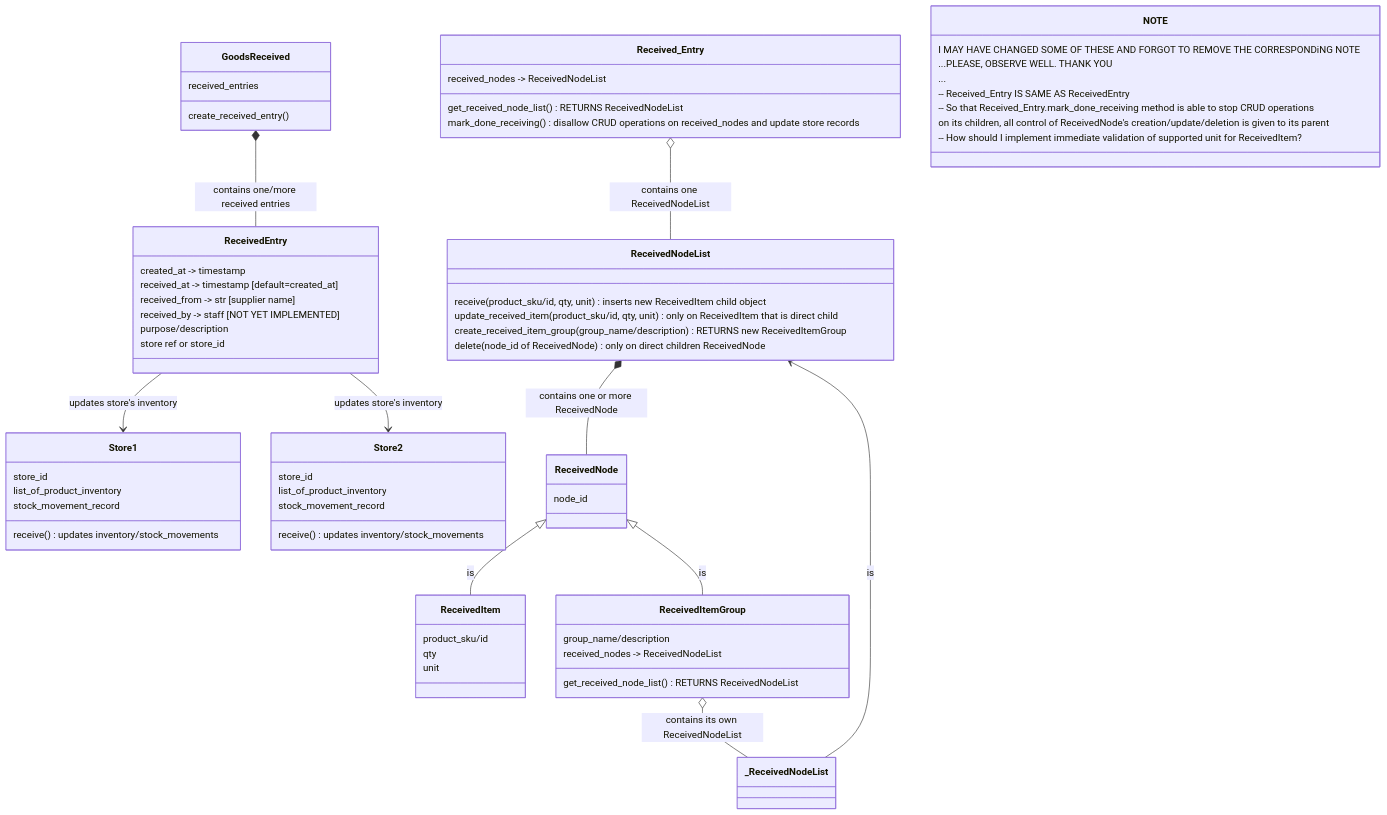
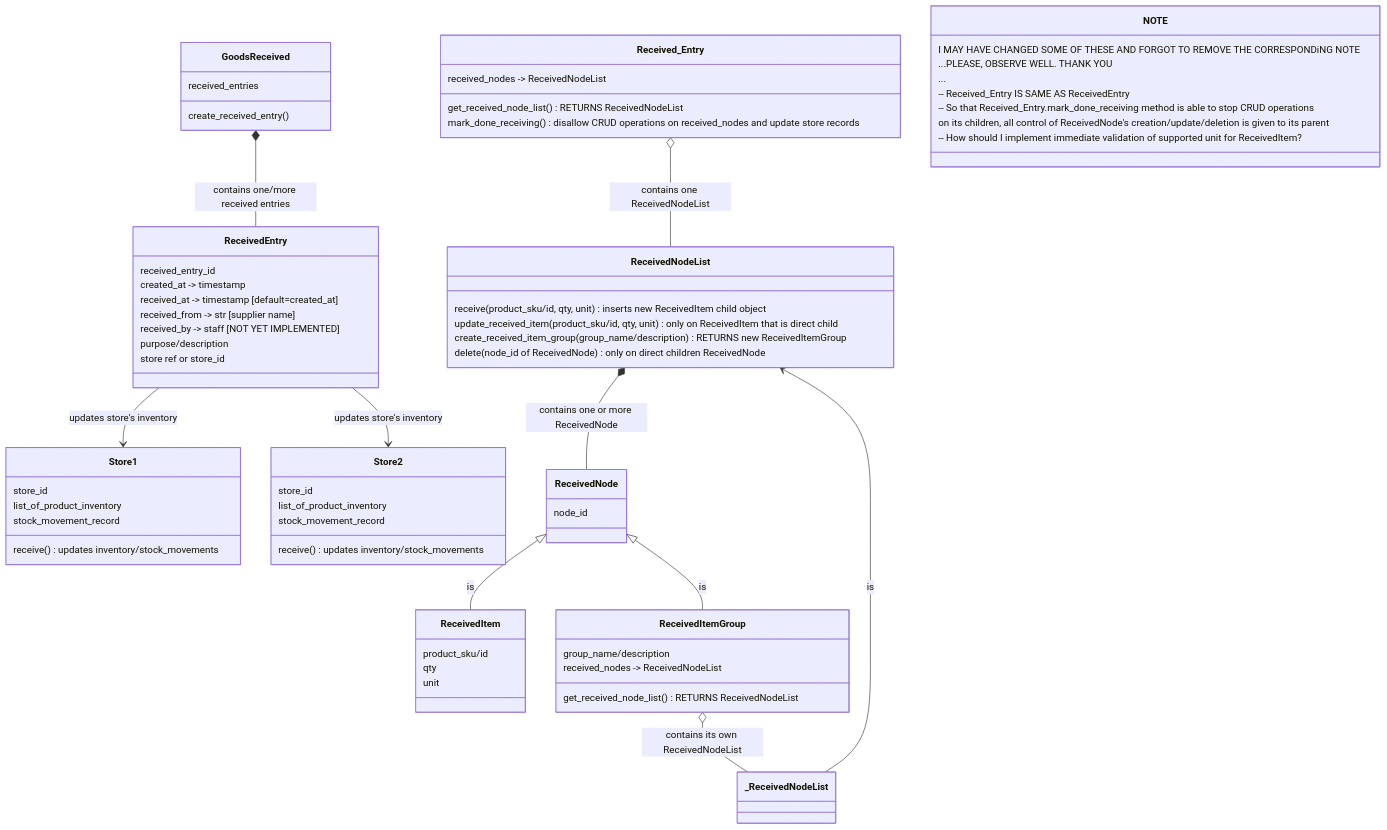
The diagram in docs/design_brainstorm_1.md (themanprince/mnlsir), drawn with Mermaid before and after one commit. The commit also changed other lines of this file, not shown here.

Commit message:
analysis of design and add received_entry_id to ReceivedEntry class

````diff
--- a/docs/design_brainstorm_1.md
+++ b/docs/design_brainstorm_1.md
@@ -2,78 +10,79 @@
 ```mermaid
 
 classDiagram
     
     GoodsReceived *-- ReceivedEntry: contains one/more received entries
     
     ReceivedEntry --> Store1: updates store's inventory
     ReceivedEntry --> Store2: updates store's inventory
     
     Received_Entry o-- ReceivedNodeList: contains one ReceivedNodeList
     ReceivedNodeList *-- ReceivedNode: contains one or more ReceivedNode
     
     ReceivedNode <|-- ReceivedItem: is
     ReceivedNode <|-- ReceivedItemGroup: is 
     
     ReceivedItemGroup o-- _ReceivedNodeList: contains its own ReceivedNodeList
     _ReceivedNodeList --> ReceivedNodeList: is
     
    
    GoodsReceived: create_received_entry()
    GoodsReceived: received_entries
     
+    ReceivedEntry: received_entry_id
     ReceivedEntry: created_at -> timestamp
     ReceivedEntry: received_at -> timestamp [default=created_at]
     ReceivedEntry: received_from -> str [supplier name]
     ReceivedEntry: received_by -> staff [NOT YET IMPLEMENTED]
     ReceivedEntry: purpose/description
     ReceivedEntry: store ref or store_id
     
     
     Store1: store_id
     Store1:  list_of_product_inventory
     Store1: stock_movement_record
     Store1: receive() updates inventory/stock_movements
     
     Store2: store_id  
     Store2: list_of_product_inventory
     Store2: stock_movement_record
     Store2: receive() updates inventory/stock_movements
     
     
     
     Received_Entry: received_nodes -> ReceivedNodeList
     Received_Entry: get_received_node_list() RETURNS ReceivedNodeList
     Received_Entry: mark_done_receiving() disallow CRUD operations on received_nodes and update store records
     
     
     
     ReceivedNodeList: receive(product_sku/id, qty, unit) inserts new ReceivedItem child object
     ReceivedNodeList: update_received_item(product_sku/id, qty, unit) only on ReceivedItem that is direct child
     ReceivedNodeList: create_received_item_group(group_name/description) RETURNS new ReceivedItemGroup
     ReceivedNodeList: delete(node_id of ReceivedNode) only on direct children ReceivedNode
      
      
     ReceivedNode: node_id
      
      
     ReceivedItem: product_sku/id
     ReceivedItem: qty
     ReceivedItem: unit
      
     
     ReceivedItemGroup: group_name/description
     ReceivedItemGroup: received_nodes -> ReceivedNodeList
     ReceivedItemGroup: get_received_node_list() RETURNS ReceivedNodeList
     
     
     
     
     NOTE: I MAY HAVE CHANGED SOME OF THESE AND FORGOT TO REMOVE THE CORRESPONDiNG NOTE
     NOTE: ...PLEASE, OBSERVE WELL. THANK YOU
     NOTE: ...
     NOTE: -- Received_Entry IS SAME AS ReceivedEntry
     NOTE: -- So that Received_Entry.mark_done_receiving method is able to stop CRUD operations
     NOTE: on its children, all control of ReceivedNode's creation/update/deletion is given to its parent
     NOTE: -- How should I implement immediate validation of supported unit for ReceivedItem?
 
 ```
````
